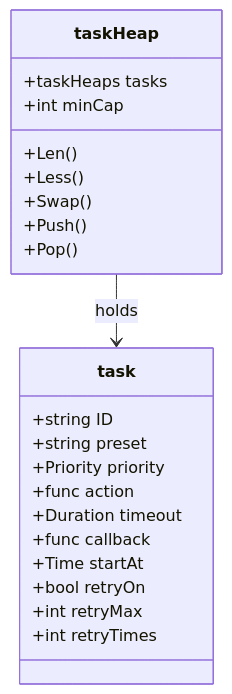
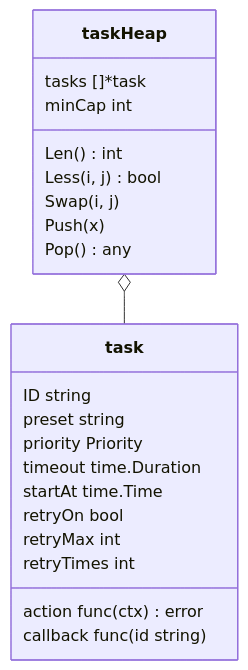
Before and after one commit to pardnchiu/go-queue: the fourth of 9 diagrams in doc/architecture.zh.md, drawn with Mermaid. The commit also changed other lines of this file and 7 other files, not shown here.

Commit message:
doc: Regenerate bilingual README, usage docs, and architecture for core package

````diff
--- a/doc/architecture.zh.md
+++ b/doc/architecture.zh.md
@@ -67,25 +79,25 @@
 ```mermaid
 classDiagram
     class task {
-        +string ID
-        +string preset
-        +Priority priority
-        +func action
-        +Duration timeout
-        +func callback
-        +Time startAt
-        +bool retryOn
-        +int retryMax
-        +int retryTimes
+        ID string
+        preset string
+        priority Priority
+        action func(ctx) error
+        timeout time.Duration
+        callback func(id string)
+        startAt time.Time
+        retryOn bool
+        retryMax int
+        retryTimes int
     }
     class taskHeap {
-        +taskHeaps tasks
-        +int minCap
-        +Len()
-        +Less()
-        +Swap()
-        +Push()
-        +Pop()
+        tasks []*task
+        minCap int
+        Len() int
+        Less(i, j) bool
+        Swap(i, j)
+        Push(x)
+        Pop() any
     }
-    taskHeap --> task : holds
+    taskHeap o-- task
 ```
````
